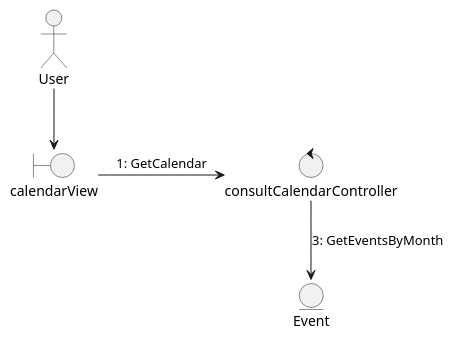
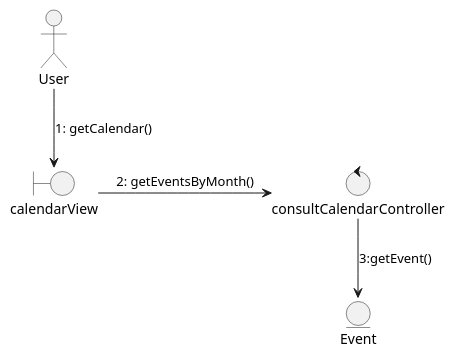
The diagram in docs/scenariosView/collaborationDiagram/useCase-ConsultarCalendario.plantuml (Dayannis-07/ING_SOFT), drawn with PlantUML before and after one commit. The commit also changed 3 other files, not shown here.

Commit message:
Corrections Analysis Class Diagram

```diff
--- a/docs/scenariosView/collaborationDiagram/useCase-ConsultarCalendario.plantuml
+++ b/docs/scenariosView/collaborationDiagram/useCase-ConsultarCalendario.plantuml
@@ -1,10 +1,10 @@
 @startuml Consultar Calendario
 actor User as User
 
 boundary "calendarView" as view
 control "consultCalendarController" as controller
 entity Event as E
-User --> view
-view-r->controller : "1: GetCalendar"
-controller-->E : "3: GetEventsByMonth"
+User --> view  : "1: getCalendar()"
+view-r->controller :"2: getEventsByMonth()"
+controller-->E :"3:getEvent()"
 @enduml
```
